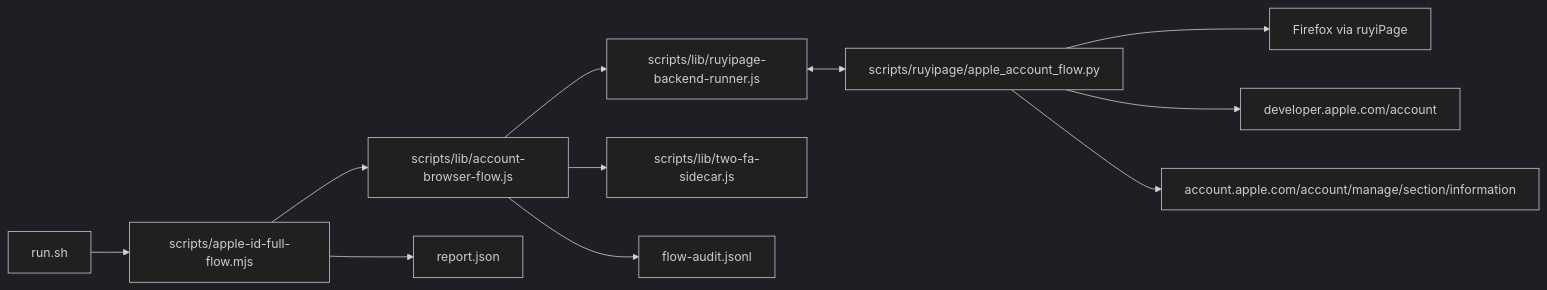
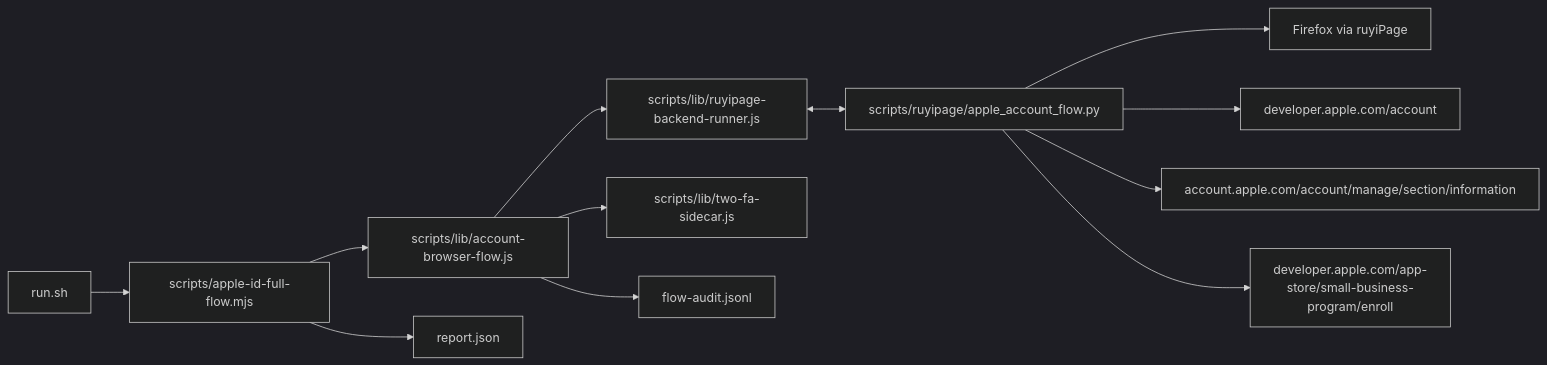
The diagram in docs/PROJECT.md (jiahaoyin/AutoMation), drawn with Mermaid (dark theme) before and after one commit. The commit also changed other lines of this file and 11 other files, not shown here.

Commit message:
feat: complete account password and small business flow

```diff
--- a/docs/PROJECT.md
+++ b/docs/PROJECT.md
@@ -20,13 +21,14 @@
 ~~~mermaid
 flowchart LR
     Launcher[run.sh] --> Main[scripts/apple-id-full-flow.mjs]
     Main --> Browser[scripts/lib/account-browser-flow.js]
     Browser --> Runner[scripts/lib/ruyipage-backend-runner.js]
     Runner <--> Python[scripts/ruyipage/apple_account_flow.py]
     Browser --> TwoFA[scripts/lib/two-fa-sidecar.js]
     Browser --> Audit[flow-audit.jsonl]
     Main --> Report[report.json]
     Python --> Firefox[Firefox via ruyiPage]
     Python --> Dev[developer.apple.com/account]
     Python --> Account[account.apple.com/account/manage/section/information]
+    Python --> SmallBiz[developer.apple.com/app-store/small-business-program/enroll]
 ~~~
```
